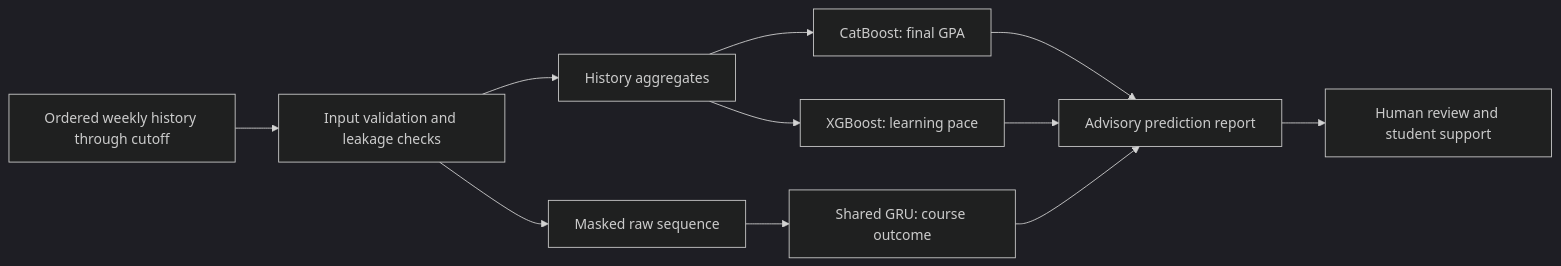
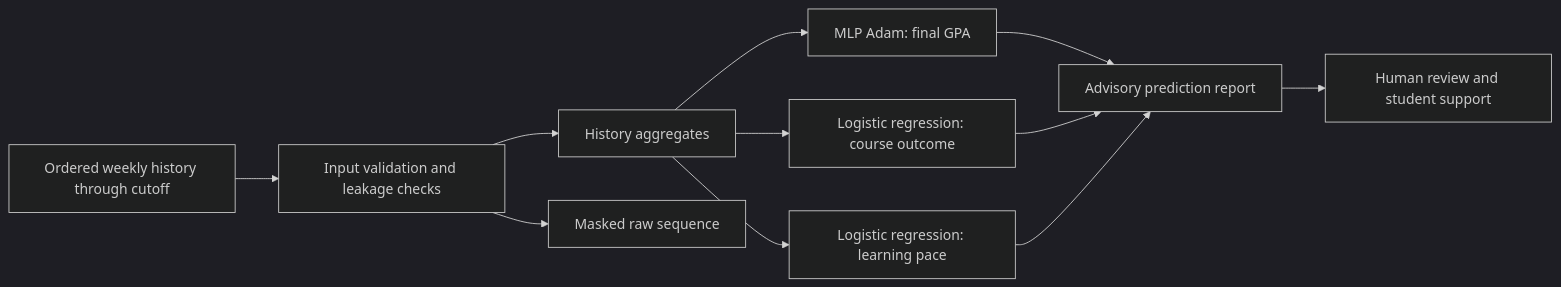
One commit to WarAn2007/srg-tracker changed the diagram in README.md. Above: the diagram before and after it, drawn with Mermaid (dark theme). The commit also changed other lines of this file and 18 other files, not shown here.

````diff
--- a/README.md
+++ b/README.md
@@ -37,13 +37,13 @@
 ```mermaid
 flowchart LR
     H["Ordered weekly history through cutoff"] --> V["Input validation and leakage checks"]
     V --> A["History aggregates"]
     V --> S["Masked raw sequence"]
-    A --> G1["CatBoost: final GPA"]
-    S --> G2["Shared GRU: course outcome"]
-    A --> G3["XGBoost: learning pace"]
+    A --> G1["MLP Adam: final GPA"]
+    A --> G2["Logistic regression: course outcome"]
+    A --> G3["Logistic regression: learning pace"]
     G1 --> O["Advisory prediction report"]
     G2 --> O
     G3 --> O
     O --> R["Human review and student support"]
 ```
````
